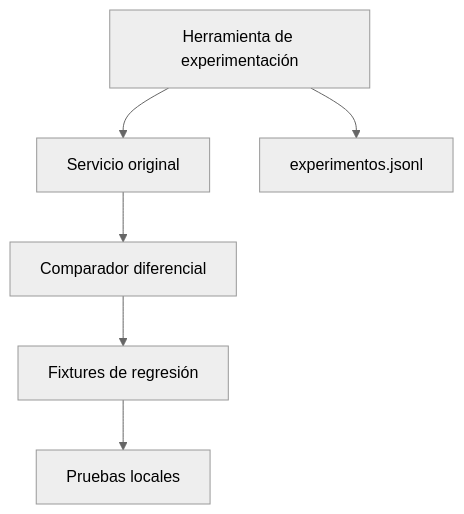
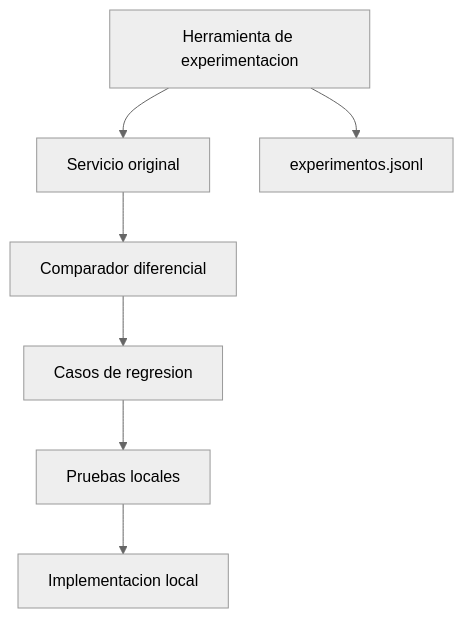
Before and after one commit to ZenenContreras/FrontierHackathon: the fourth of 4 diagrams in docs/ARCHITECTURE.md, drawn with Mermaid (neutral theme). The commit also changed other lines of this file, not shown here.

Commit message:
docs: Revise ARCHITECTURE.md to detail the request flow, internal components, and development laboratory; update diagrams for clarity and accuracy

````diff
--- a/docs/ARCHITECTURE.md
+++ b/docs/ARCHITECTURE.md
@@ -35,15 +101,9 @@
 ```mermaid
-flowchart TB
-    Probe[Herramienta de experimentación]
-    Original[Servicio original]
-    Log[experimentos.jsonl]
-    Compare[Comparador diferencial]
-    Fixtures[Fixtures de regresión]
-    Tests[Pruebas locales]
-
-    Probe --> Original
-    Probe --> Log
-    Original --> Compare
-    Compare --> Fixtures
-    Fixtures --> Tests
+flowchart TD
+    Probe[Herramienta de experimentacion] --> Original[Servicio original]
+    Probe --> Log[experimentos.jsonl]
+    Original --> Compare[Comparador diferencial]
+    Compare --> Fixtures[Casos de regresion]
+    Fixtures --> Tests[Pruebas locales]
+    Tests --> Replacement[Implementacion local]
 ```
````
